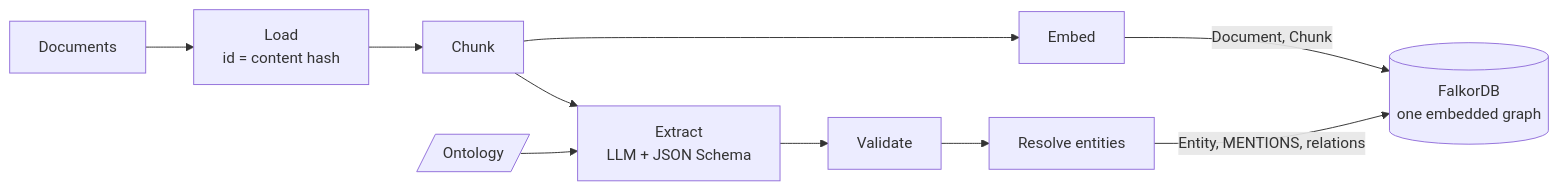
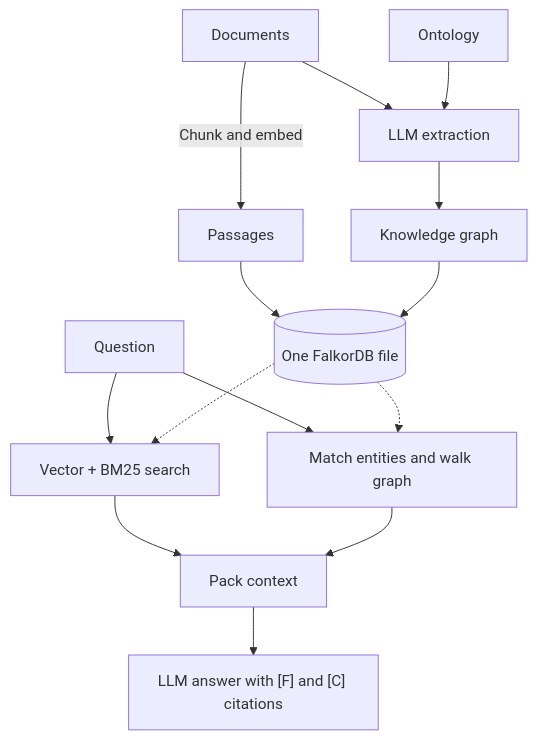
The second of 2 diagrams in README.md (Sami-Ozsoy/rag_with_oag), drawn with Mermaid before and after one commit. The commit also changed other lines of this file and 6 other files, not shown here.

````diff
--- a/README.md
+++ b/README.md
@@ -274,12 +55,11 @@
 ```mermaid
-flowchart LR
-    D["Documents"] --> L["Load<br/>id = content hash"]
-    L --> C["Chunk"]
-    C --> E["Embed"]
-    E -->|"Document, Chunk"| G[("FalkorDB<br/>one embedded graph")]
-    C --> X["Extract<br/>LLM + JSON Schema"]
-    O[/"Ontology"/] --> X
-    X --> V["Validate"]
-    V --> R["Resolve entities"]
-    R -->|"Entity, MENTIONS, relations"| G
+flowchart TD
+    D["Documents"] -->|Chunk and embed| T["Passages"]
+    D & O["Ontology"] --> X["LLM extraction"]
+    X --> G["Knowledge graph"]
+    T & G --> S[("One FalkorDB file")]
+    Q["Question"] --> V["Vector + BM25 search"] & W["Match entities and walk graph"]
+    S -.-> V & W
+    V & W --> P["Pack context"]
+    P --> A["LLM answer with [F] and [C] citations"]
 ```
````
